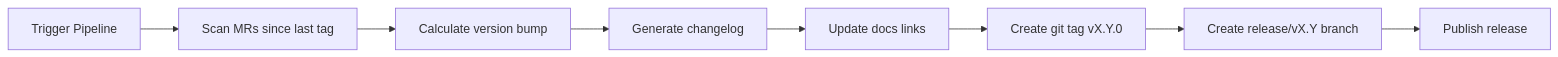
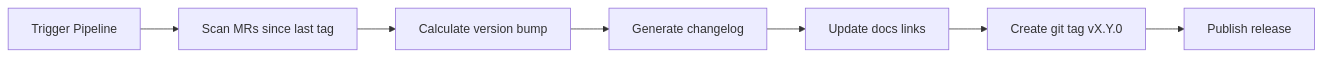
The first of 7 diagrams in BRANCHING.md (aria-ml/dataeval), drawn with Mermaid before and after one commit. The commit also changed other lines of this file and 4 other files, not shown here.

````diff
--- a/BRANCHING.md
+++ b/BRANCHING.md
@@ -67,10 +67,9 @@
 ```mermaid
 graph LR
     A[Trigger Pipeline] --> B[Scan MRs since last tag]
     B --> C[Calculate version bump]
     C --> D[Generate changelog]
     D --> E[Update docs links]
     E --> F[Create git tag vX.Y.0]
-    F --> G[Create release/vX.Y branch]
-    G --> H[Publish release]
+    F --> G[Publish release]
 ```
````
